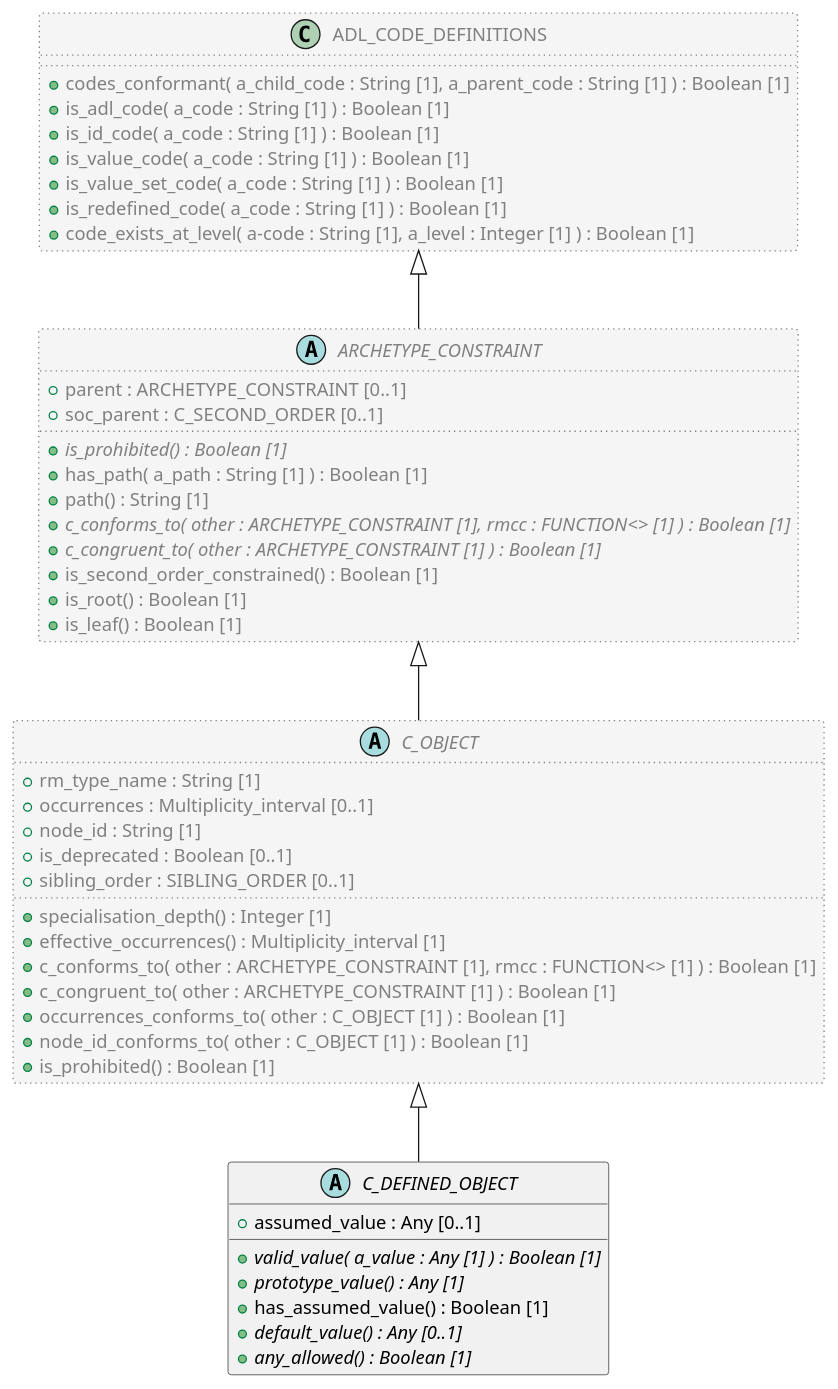
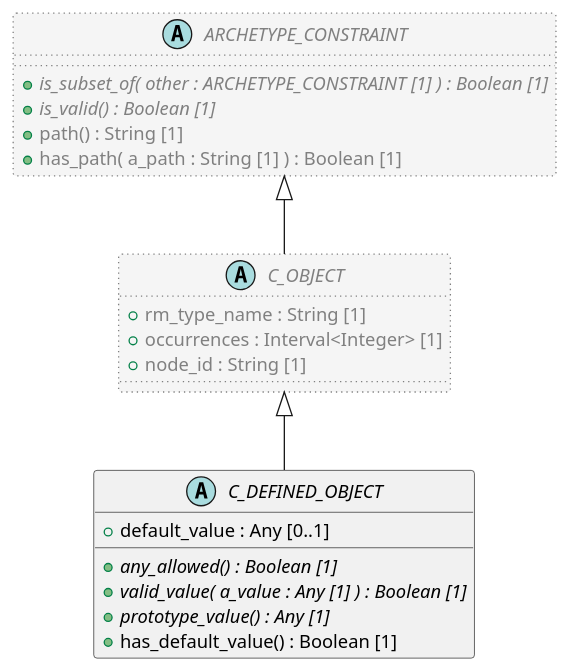
The diagram in code/Adoc/openehr_am_2.3.0/plantUML/classes/org.openehr.am.aom2.c_defined_object.adoc (sebastian-iancu/code-generator), drawn with PlantUML before and after one commit. The commit also changed 1228 other files, not shown here.

```diff
--- a/code/Adoc/openehr_am_2.3.0/plantUML/classes/org.openehr.am.aom2.c_defined_object.adoc
+++ b/code/Adoc/openehr_am_2.3.0/plantUML/classes/org.openehr.am.aom2.c_defined_object.adoc
@@ -1,60 +1,32 @@
 [plantuml,C_DEFINED_OBJECT,format=svg,svg-type="inline"]
 -----
 @startuml
 
 abstract class C_DEFINED_OBJECT {
-  + assumed_value : Any [0..1]
+  + default_value : Any [0..1]
+  + {abstract} any_allowed() : Boolean [1]
   + {abstract} valid_value( a_value : Any [1] ) : Boolean [1]
   + {abstract} prototype_value() : Any [1]
-  + has_assumed_value() : Boolean [1]
-  + {abstract} default_value() : Any [0..1]
-  + {abstract} any_allowed() : Boolean [1]
+  + has_default_value() : Boolean [1]
 }
 
 abstract class C_OBJECT  #whitesmoke;line:gray;line.dotted;text:gray {
   + rm_type_name : String [1]
-  + occurrences : Multiplicity_interval [0..1]
+  + occurrences : Interval<Integer> [1]
   + node_id : String [1]
-  + is_deprecated : Boolean [0..1]
-  + sibling_order : SIBLING_ORDER [0..1]
-  + specialisation_depth() : Integer [1]
-  + effective_occurrences() : Multiplicity_interval [1]
-  + c_conforms_to( other : ARCHETYPE_CONSTRAINT [1], rmcc : FUNCTION<> [1] ) : Boolean [1]
-  + c_congruent_to( other : ARCHETYPE_CONSTRAINT [1] ) : Boolean [1]
-  + occurrences_conforms_to( other : C_OBJECT [1] ) : Boolean [1]
-  + node_id_conforms_to( other : C_OBJECT [1] ) : Boolean [1]
-  + is_prohibited() : Boolean [1]
 }
 
 abstract class ARCHETYPE_CONSTRAINT  #whitesmoke;line:gray;line.dotted;text:gray {
-  + parent : ARCHETYPE_CONSTRAINT [0..1]
-  + soc_parent : C_SECOND_ORDER [0..1]
-  + {abstract} is_prohibited() : Boolean [1]
+  + {abstract} is_subset_of( other : ARCHETYPE_CONSTRAINT [1] ) : Boolean [1]
+  + {abstract} is_valid() : Boolean [1]
+  + path() : String [1]
   + has_path( a_path : String [1] ) : Boolean [1]
-  + path() : String [1]
-  + {abstract} c_conforms_to( other : ARCHETYPE_CONSTRAINT [1], rmcc : FUNCTION<> [1] ) : Boolean [1]
-  + {abstract} c_congruent_to( other : ARCHETYPE_CONSTRAINT [1] ) : Boolean [1]
-  + is_second_order_constrained() : Boolean [1]
-  + is_root() : Boolean [1]
-  + is_leaf() : Boolean [1]
 }
-
-class ADL_CODE_DEFINITIONS  #whitesmoke;line:gray;line.dotted;text:gray {
-  + codes_conformant( a_child_code : String [1], a_parent_code : String [1] ) : Boolean [1]
-  + is_adl_code( a_code : String [1] ) : Boolean [1]
-  + is_id_code( a_code : String [1] ) : Boolean [1]
-  + is_value_code( a_code : String [1] ) : Boolean [1]
-  + is_value_set_code( a_code : String [1] ) : Boolean [1]
-  + is_redefined_code( a_code : String [1] ) : Boolean [1]
-  + code_exists_at_level( a-code : String [1], a_level : Integer [1] ) : Boolean [1]
-}
-
-ADL_CODE_DEFINITIONS <|-- ARCHETYPE_CONSTRAINT
 
 ARCHETYPE_CONSTRAINT <|-- C_OBJECT
 
 C_OBJECT <|-- C_DEFINED_OBJECT
 
 
 @enduml
 -----
```
